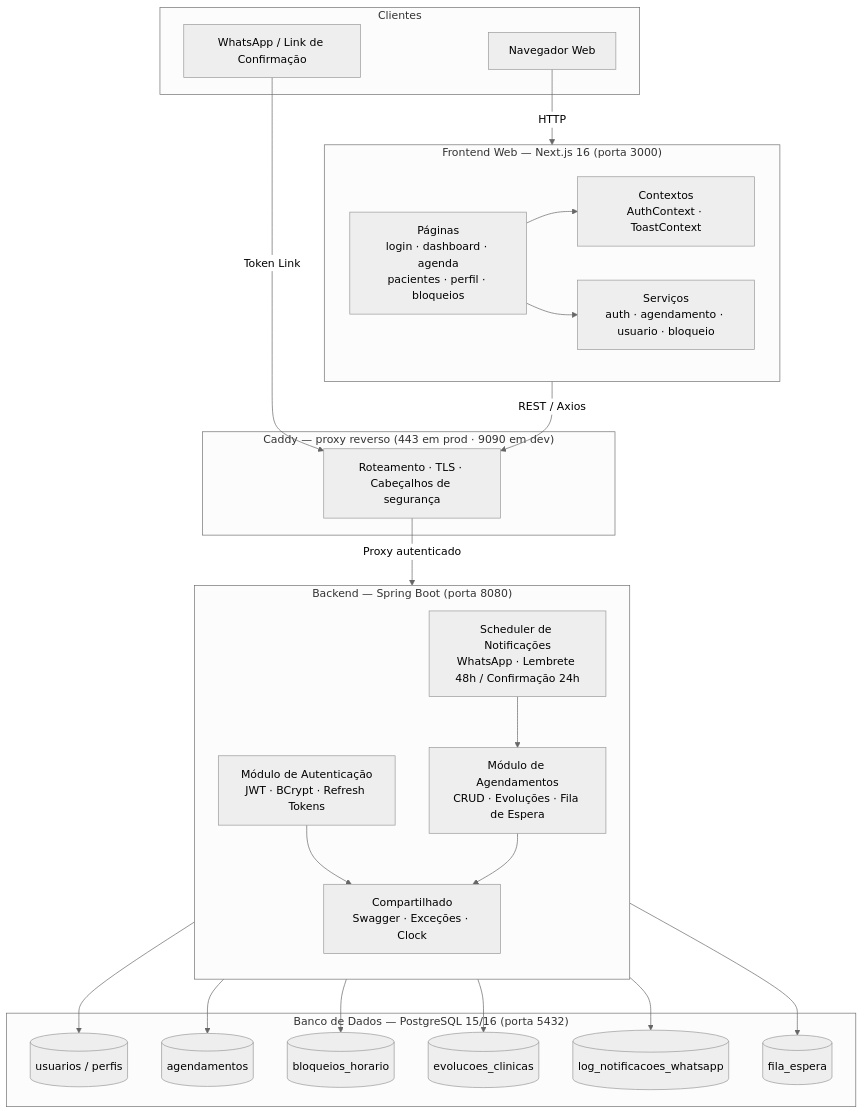
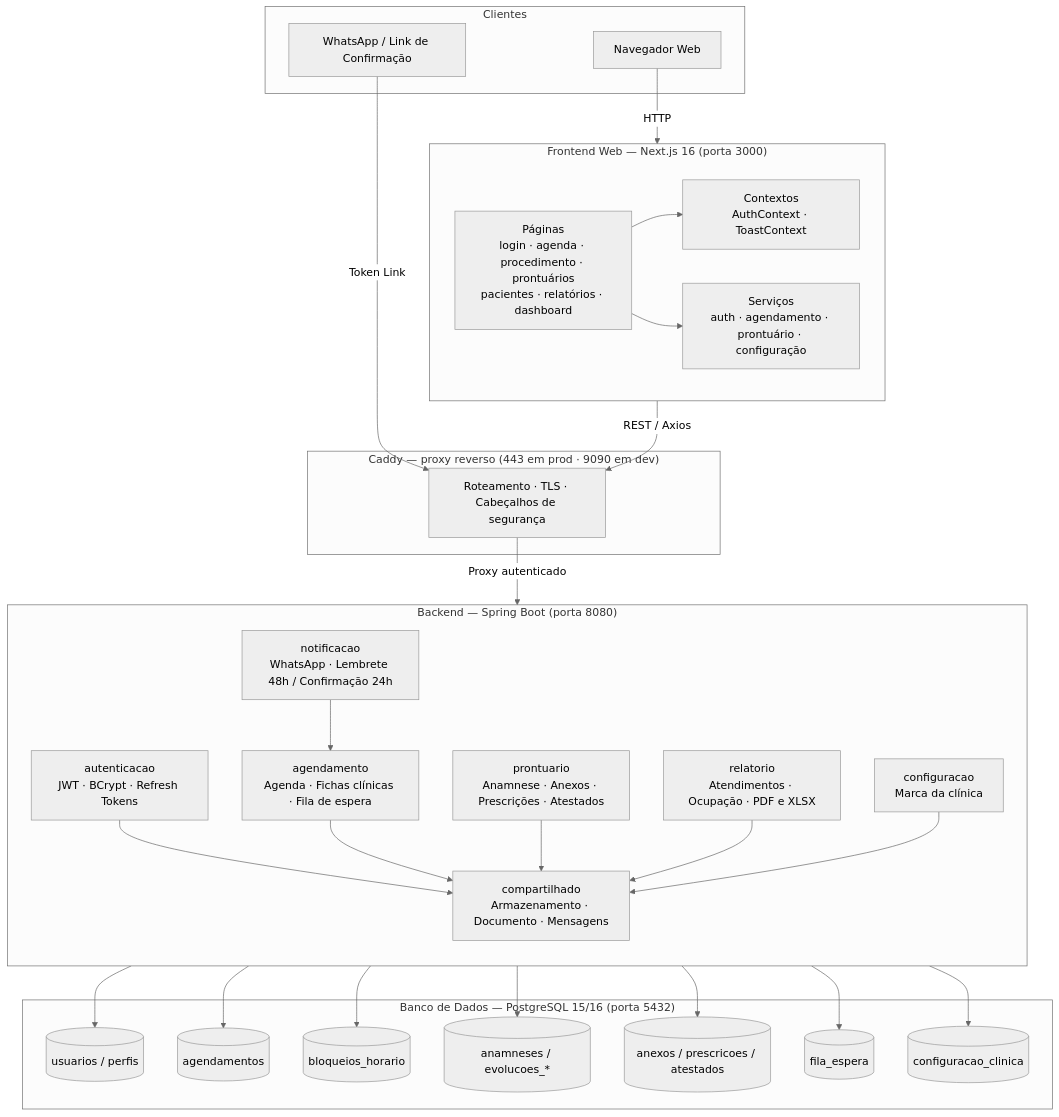
Before and after one commit to arturolivs/prontudigital: the first of 5 diagrams in README.md, drawn with Mermaid (neutral theme). The commit also changed other lines of this file and 2 other files, not shown here.

````diff
--- a/README.md
+++ b/README.md
@@ -36,51 +73,59 @@
 ```mermaid
 graph TB
     subgraph Clientes
         W[Navegador Web]
         WA[WhatsApp / Link de Confirmação]
     end
 
     subgraph Borda["Caddy — proxy reverso  (443 em prod · 9090 em dev)"]
         GW[Roteamento · TLS · Cabeçalhos de segurança]
     end
 
     subgraph Backend["Backend — Spring Boot  (porta 8080)"]
         direction TB
-        AUTH[Módulo de Autenticação\nJWT · BCrypt · Refresh Tokens]
-        SCHED[Módulo de Agendamentos\nCRUD · Evoluções · Fila de Espera]
-        NOTIF[Scheduler de Notificações\nWhatsApp · Lembrete 48h / Confirmação 24h]
-        SHARED[Compartilhado\nSwagger · Exceções · Clock]
+        AUTH[autenticacao<br/>JWT · BCrypt · Refresh Tokens]
+        SCHED[agendamento<br/>Agenda · Fichas clínicas · Fila de espera]
+        PRONT[prontuario<br/>Anamnese · Anexos · Prescrições · Atestados]
+        REL[relatorio<br/>Atendimentos · Ocupação · PDF e XLSX]
+        NOTIF[notificacao<br/>WhatsApp · Lembrete 48h / Confirmação 24h]
+        CFG[configuracao<br/>Marca da clínica]
+        SHARED[compartilhado<br/>Armazenamento · Documento · Mensagens]
         AUTH --> SHARED
         SCHED --> SHARED
+        PRONT --> SHARED
+        REL --> SHARED
+        CFG --> SHARED
         NOTIF --> SCHED
     end
 
     subgraph Frontend["Frontend Web — Next.js 16  (porta 3000)"]
         direction LR
-        PAGES[Páginas\nlogin · dashboard · agenda\npacientes · perfil · bloqueios]
-        CTX[Contextos\nAuthContext · ToastContext]
-        SVC[Serviços\nauth · agendamento · usuario · bloqueio]
+        PAGES[Páginas<br/>login · agenda · procedimento · prontuários<br/>pacientes · relatórios · dashboard]
+        CTX[Contextos<br/>AuthContext · ToastContext]
+        SVC[Serviços<br/>auth · agendamento · prontuário · configuração]
         PAGES --> CTX
         PAGES --> SVC
     end
 
     subgraph DB["Banco de Dados — PostgreSQL 15/16  (porta 5432)"]
         T1[(usuarios / perfis)]
         T2[(agendamentos)]
         T3[(bloqueios_horario)]
-        T4[(evolucoes_clinicas)]
-        T5[(log_notificacoes_whatsapp)]
+        T4[(anamneses / evolucoes_*)]
+        T5[(anexos / prescricoes / atestados)]
         T6[(fila_espera)]
+        T7[(configuracao_clinica)]
     end
 
     W -->|HTTP| Frontend
     WA -->|Token Link| GW
     Frontend -->|REST / Axios| GW
     GW -->|Proxy autenticado| Backend
     AUTH --> T1
     SCHED --> T2
     SCHED --> T3
     SCHED --> T4
     SCHED --> T6
-    NOTIF --> T5
+    PRONT --> T5
+    CFG --> T7
 ```
````
